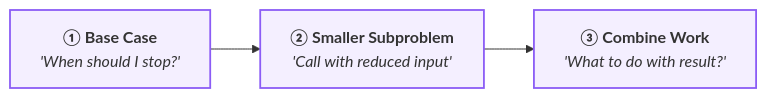
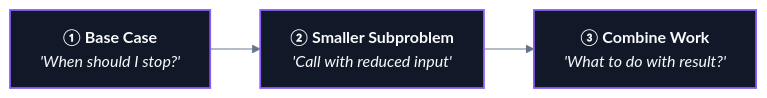
One commit to abhinavbharti2345/CS_Notes changed the second of 2 diagrams in CS/DSA/05. Recursion & Backtracking/01. Recursion Fundamentals.md. Above: the diagram before and after it, drawn with Mermaid. The commit also changed other lines of this file and 195 other files, not shown here.

````diff
--- a/CS/DSA/05. Recursion & Backtracking/01. Recursion Fundamentals.md
+++ b/CS/DSA/05. Recursion & Backtracking/01. Recursion Fundamentals.md
@@ -261,7 +262,8 @@
 ```mermaid
+%%{init: {'theme': 'base', 'themeVariables': { 'darkMode': true, 'background': '#0B0F14', 'mainBkg': '#111827', 'primaryColor': '#111827', 'primaryTextColor': '#F8FAFC', 'primaryBorderColor': '#38BDF8', 'lineColor': '#64748B', 'secondaryColor': '#0B0F14', 'tertiaryColor': '#0B0F14', 'clusterBkg': '#0B0F14', 'clusterBorder': '#38BDF8' }}}%%
 flowchart LR
     Q1["<b>① Base Case</b><br/><i>'When should I stop?'</i>"] --> Q2["<b>② Smaller Subproblem</b><br/><i>'Call with reduced input'</i>"] --> Q3["<b>③ Combine Work</b><br/><i>'What to do with result?'</i>"]
 
-    classDef qBox fill:#8b5cf618,stroke:#8b5cf6,stroke-width:1.8px;
+    classDef qBox fill:#111827,stroke:#8b5cf6,stroke-width:1.8px,color:#F8FAFC;
     class Q1,Q2,Q3 qBox;
 ```
````
